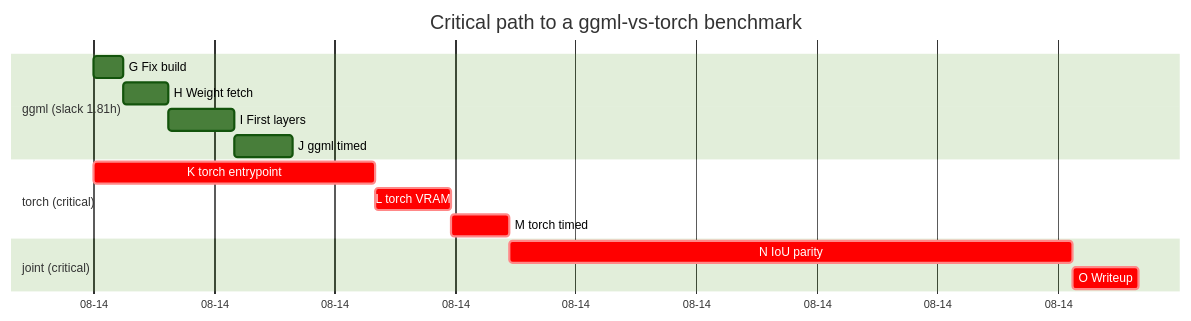
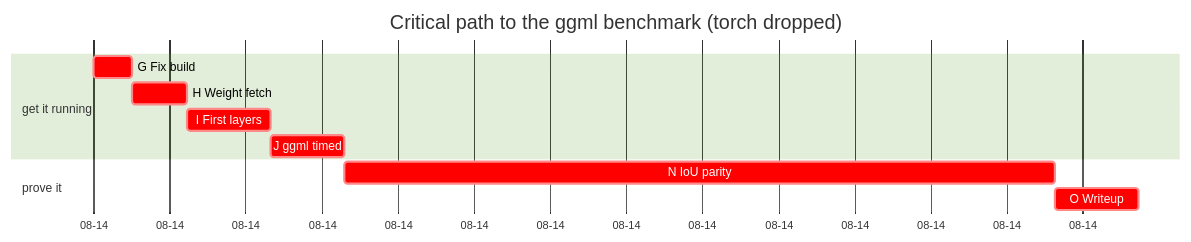
Before and after one commit to weftspun/interactor-seethrough-ggml: the second of 2 diagrams in docs/benchmark-pert.md, drawn with Mermaid (forest theme). The commit also changed other lines of this file, not shown here.

Commit message:
Update forward pass and diagrams for the ggml-only path

````diff
--- a/docs/benchmark-pert.md
+++ b/docs/benchmark-pert.md
@@ -85,18 +76,14 @@
 ```mermaid
 gantt
-  title Critical path to a ggml-vs-torch benchmark
+  title Critical path to the ggml benchmark (torch dropped)
   dateFormat YYYY-MM-DD
   axisFormat %m-%d
-  section ggml (slack 1.81h)
-  G Fix build        :g1, 2026-08-14, 15m
-  H Weight fetch     :h1, after g1, 22m
-  I First layers     :i1, after h1, 33m
-  J ggml timed       :j1, after i1, 29m
-  section torch (critical)
-  K torch entrypoint :crit, k1, 2026-08-14, 140m
-  L torch VRAM       :crit, l1, after k1, 38m
-  M torch timed      :crit, m1, after l1, 29m
-  section joint (critical)
-  N IoU parity       :crit, n1, after m1, 280m
+  section get it running
+  G Fix build        :crit, g1, 2026-08-14, 15m
+  H Weight fetch     :crit, h1, after g1, 22m
+  I First layers     :crit, i1, after h1, 33m
+  J ggml timed       :crit, j1, after i1, 29m
+  section prove it
+  N IoU parity       :crit, n1, after j1, 280m
   O Writeup          :crit, o1, after n1, 33m
 ```
````
